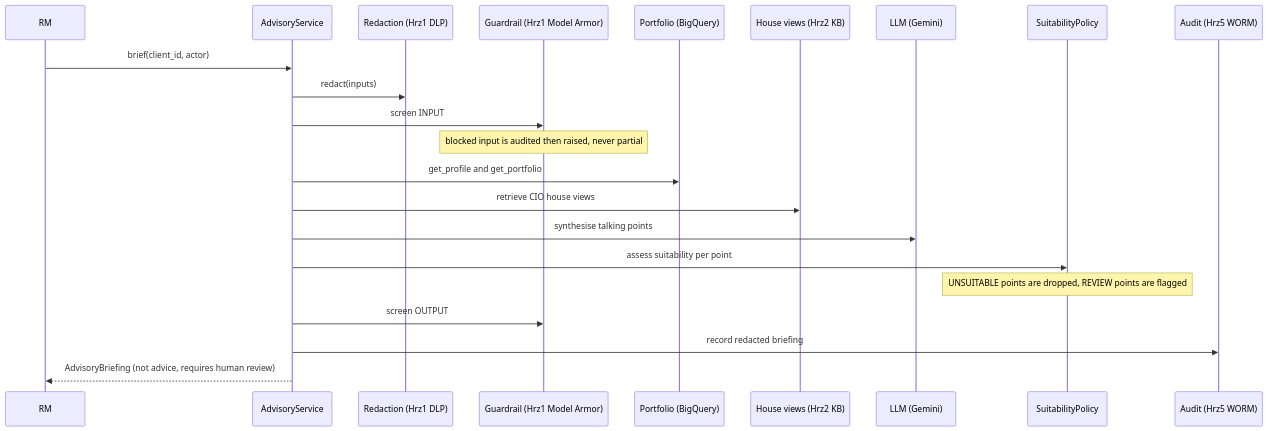
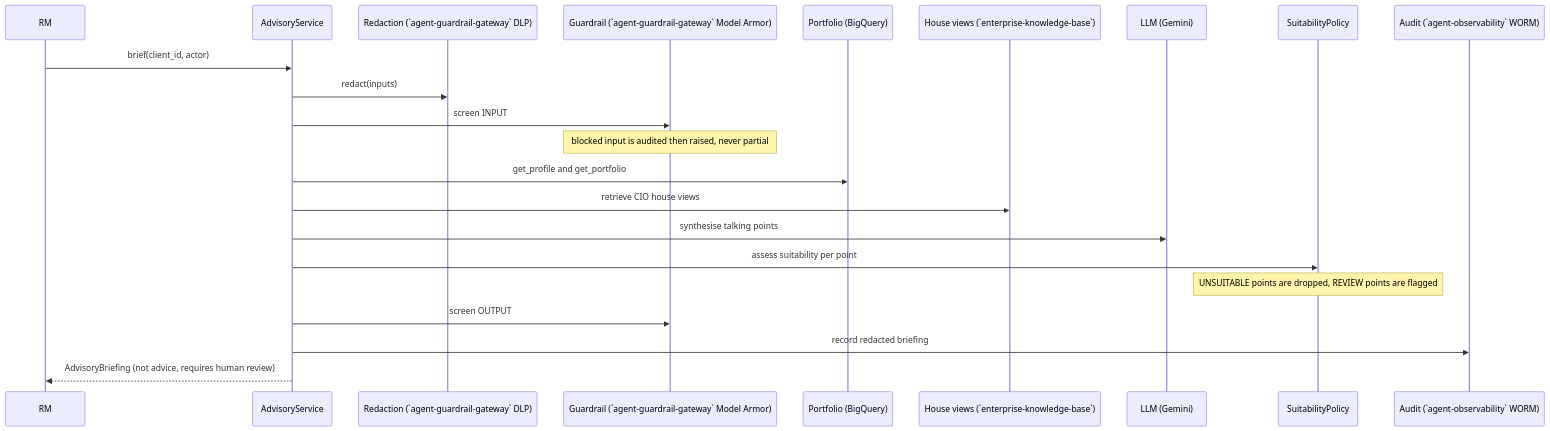
One commit to portable-genai/cio-advisory changed the second of 2 diagrams in README.md. Above: the diagram before and after it, drawn with Mermaid. The commit also changed other lines of this file and 38 other files, not shown here.

````diff
--- a/README.md
+++ b/README.md
@@ -47,25 +47,25 @@
 ```mermaid
 sequenceDiagram
   participant RM as RM
   participant S as AdvisoryService
-  participant R as Redaction (Hrz1 DLP)
-  participant G as Guardrail (Hrz1 Model Armor)
+  participant R as Redaction (`agent-guardrail-gateway` DLP)
+  participant G as Guardrail (`agent-guardrail-gateway` Model Armor)
   participant P as Portfolio (BigQuery)
-  participant K as House views (Hrz2 KB)
+  participant K as House views (`enterprise-knowledge-base`)
   participant L as LLM (Gemini)
   participant Q as SuitabilityPolicy
-  participant A as Audit (Hrz5 WORM)
+  participant A as Audit (`agent-observability` WORM)
 
   RM->>S: brief(client_id, actor)
   S->>R: redact(inputs)
   S->>G: screen INPUT
   Note over G: blocked input is audited then raised, never partial
   S->>P: get_profile and get_portfolio
   S->>K: retrieve CIO house views
   S->>L: synthesise talking points
   S->>Q: assess suitability per point
   Note over Q: UNSUITABLE points are dropped, REVIEW points are flagged
   S->>G: screen OUTPUT
   S->>A: record redacted briefing
   S-->>RM: AdvisoryBriefing (not advice, requires human review)
 ```
````
